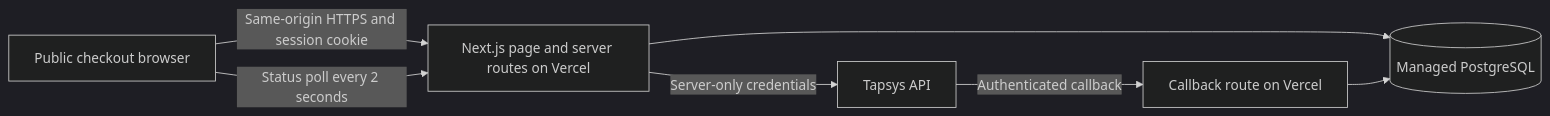
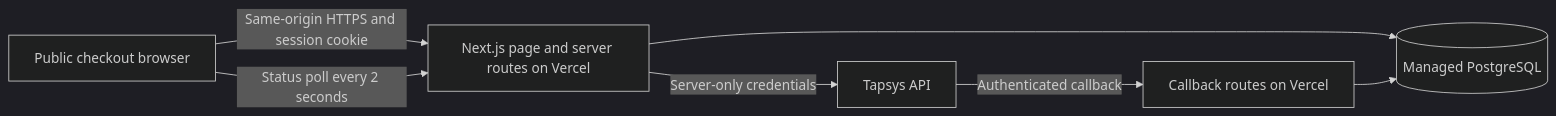
Before and after one commit to karimjindani/raast-ecommerce-demo: the first of 4 diagrams in docs/software-design.md, drawn with Mermaid (dark theme). The commit also changed other lines of this file and 4 other files, not shown here.

````diff
--- a/docs/software-design.md
+++ b/docs/software-design.md
@@ -15,9 +15,9 @@
 ```mermaid
 flowchart LR
   Browser[Public checkout browser] -->|Same-origin HTTPS and session cookie| App[Next.js page and server routes on Vercel]
   App -->|Server-only credentials| Provider[Tapsys API]
-  Provider -->|Authenticated callback| Hook[Callback route on Vercel]
+  Provider -->|Authenticated callback| Hook[Callback routes on Vercel]
   App --> DB[(Managed PostgreSQL)]
   Hook --> DB
   Browser -->|Status poll every 2 seconds| App
 ```
````
